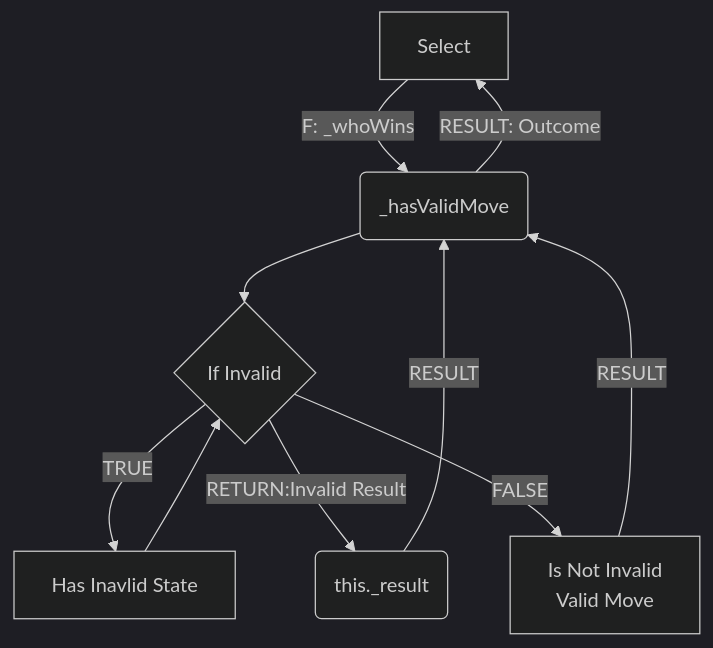
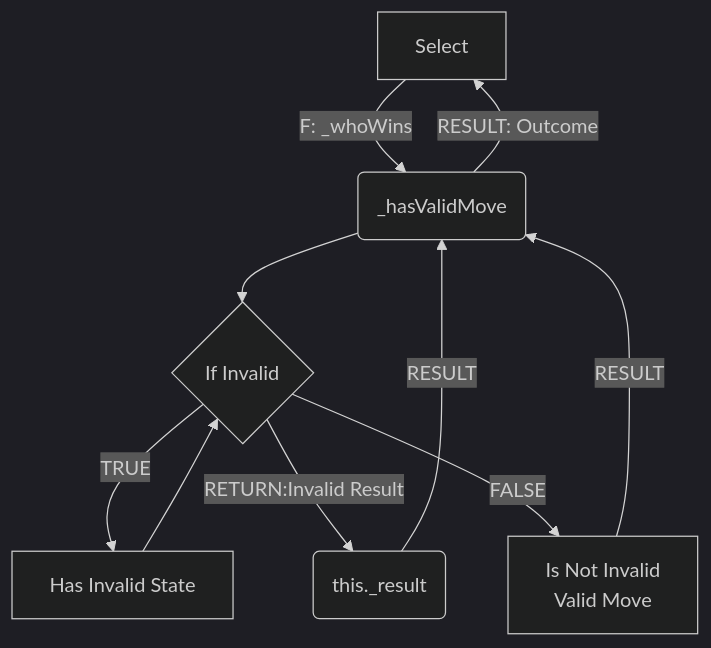
One commit to iPoetDev/MiniTicTacToe changed the diagram in README.md. Above: the diagram before and after it, drawn with Mermaid (dark theme). The commit also changed other lines of this file and 16 other files, not shown here.

````diff
--- a/README.md
+++ b/README.md
@@ -1081,12 +1144,12 @@
 ```mermaid
 flowchart TD
     A[Select] -->|F: _whoWins| B(_hasValidMove)
     B --> C{If Invalid}
-    C -->|TRUE| D[Has Inavlid State]
+    C -->|TRUE| D[Has Invalid State]
     D-->C
     C-->|RETURN:Invalid Result|X1(this._result)
     X1-->|RESULT|B
     C -->|FALSE| E[Is Not Invalid\nValid Move]
     E -->|RESULT| B
     B-->|RESULT: Outcome|A
 ```
````
